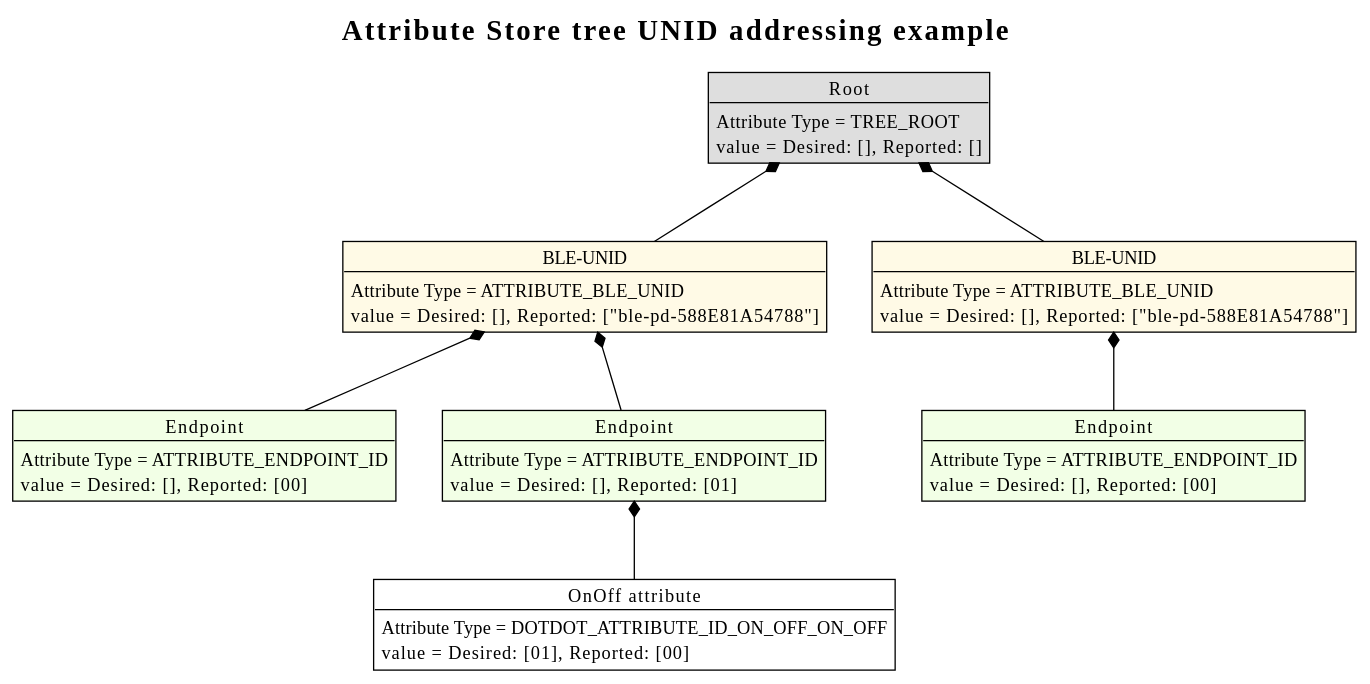
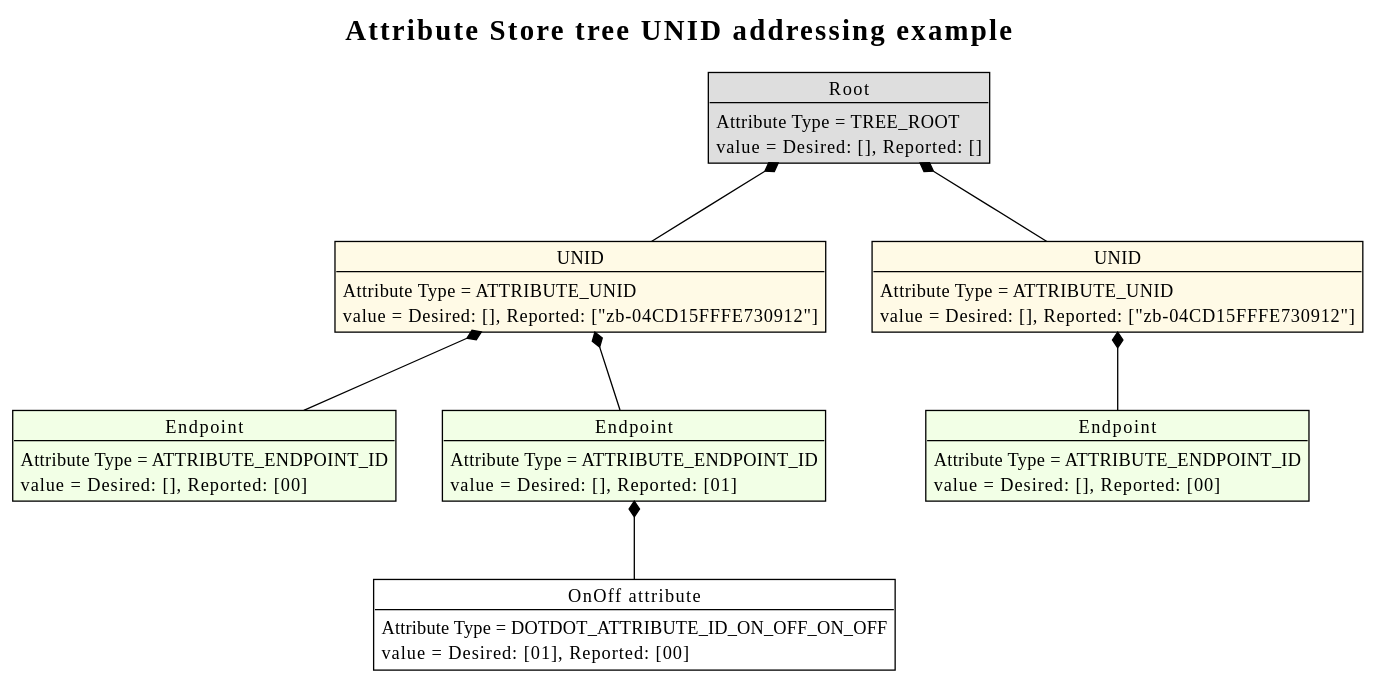
The diagram in doc/plantuml/attribute_store_tree_unid_addressing_example.rst (SiliconLabs/UnifySDK), drawn with PlantUML before and after one commit. The commit also changed 15717 other files, not shown here.

```diff
--- a/doc/plantuml/attribute_store_tree_unid_addressing_example.rst
+++ b/doc/plantuml/attribute_store_tree_unid_addressing_example.rst
@@ -1,40 +1,40 @@
 .. uml::
   :align: center
 
   !theme plain
   title Attribute Store tree UNID addressing example
 
   object "Root" as root #DEDEDE
   root : Attribute Type = TREE_ROOT
   root : value = Desired: [], Reported: []
 
-  object "BLE-UNID" as node_1 #fffae6
-  node_1 : Attribute Type = ATTRIBUTE_BLE_UNID
-  node_1 : value = Desired: [], Reported: ["ble-pd-588E81A54788"]
+  object "UNID" as node_1 #fffae6
+  node_1 : Attribute Type = ATTRIBUTE_UNID
+  node_1 : value = Desired: [], Reported: ["zb-04CD15FFFE730912"]
 
   object "Endpoint" as endpoint_1 #f2ffe6
   endpoint_1 : Attribute Type = ATTRIBUTE_ENDPOINT_ID
   endpoint_1 : value = Desired: [], Reported: [00]
 
   object "Endpoint" as endpoint_2 #f2ffe6
   endpoint_2 : Attribute Type = ATTRIBUTE_ENDPOINT_ID
   endpoint_2 : value = Desired: [], Reported: [01]
 
-  object "BLE-UNID" as node_2 #fffae6
-  node_2 : Attribute Type = ATTRIBUTE_BLE_UNID
-  node_2 : value = Desired: [], Reported: ["ble-pd-588E81A54788"]
+  object "UNID" as node_2 #fffae6
+  node_2 : Attribute Type = ATTRIBUTE_UNID
+  node_2 : value = Desired: [], Reported: ["zb-04CD15FFFE730912"]
 
   object "Endpoint" as endpoint_3 #f2ffe6
   endpoint_3 : Attribute Type = ATTRIBUTE_ENDPOINT_ID
   endpoint_3 : value = Desired: [], Reported: [00]
 
   object "OnOff attribute" as node_1_ep_2_on_off #FFFFFF
   node_1_ep_2_on_off : Attribute Type = DOTDOT_ATTRIBUTE_ID_ON_OFF_ON_OFF
   node_1_ep_2_on_off : value = Desired: [01], Reported: [00]
 
   root *-- node_1
   root *-- node_2
   node_1 *-- endpoint_1
   node_1 *-- endpoint_2
   node_2 *-- endpoint_3
   endpoint_2 *-- node_1_ep_2_on_off
```
